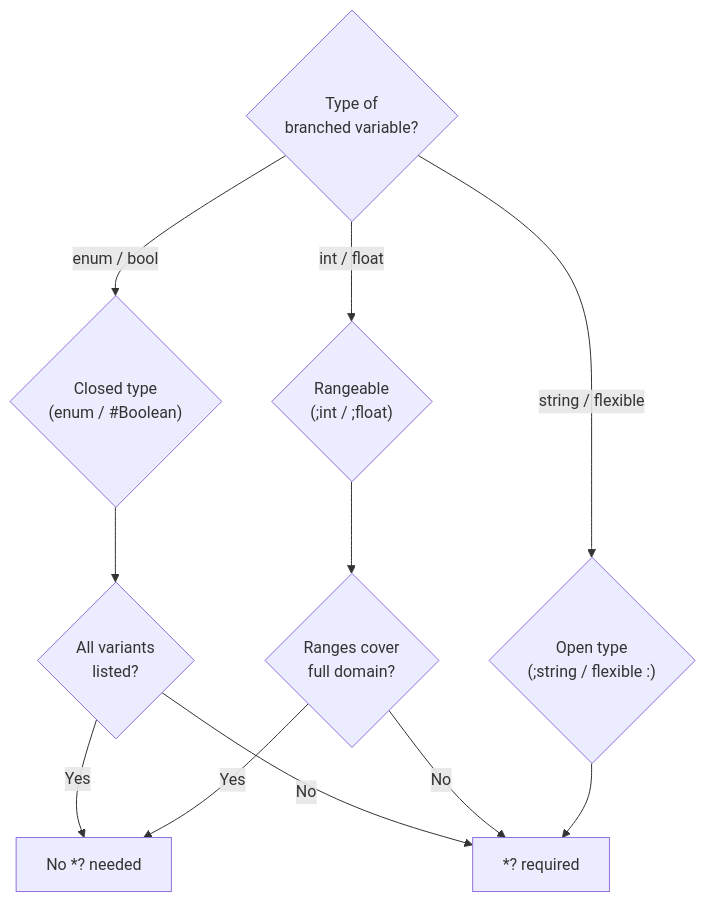
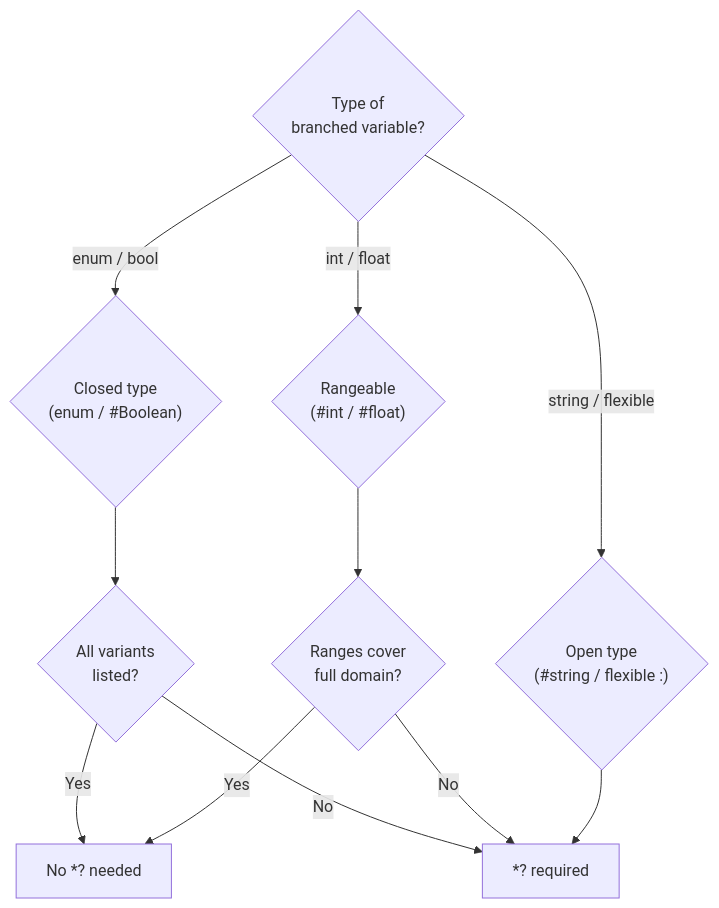
One commit to hasan-alj88/Polyglot changed the diagram in docs/user/concepts/conditionals.md. Above: the diagram before and after it, drawn with Mermaid. The commit also changed other lines of this file and 131 other files, not shown here.

````diff
--- a/docs/user/concepts/conditionals.md
+++ b/docs/user/concepts/conditionals.md
@@ -144,27 +144,27 @@
 ```mermaid
 flowchart TD
     START{"Type of\nbranched variable?"}
     CLOSED{"Closed type\n(enum / #Boolean)"}
-    RANGE{"Rangeable\n(;int / ;float)"}
-    OPEN{"Open type\n(;string / flexible :)"}
+    RANGE{"Rangeable\n(#int / #float)"}
+    OPEN{"Open type\n(#string / flexible :)"}
 
     ALL_LISTED{"All variants\nlisted?"}
     FULL_RANGE{"Ranges cover\nfull domain?"}
 
     NO_WILD["No *? needed"]
     WILD["*? required"]
 
     START -->|enum / bool| CLOSED
     START -->|int / float| RANGE
     START -->|string / flexible| OPEN
 
     CLOSED --> ALL_LISTED
     ALL_LISTED -->|Yes| NO_WILD
     ALL_LISTED -->|No| WILD
 
     RANGE --> FULL_RANGE
     FULL_RANGE -->|Yes| NO_WILD
     FULL_RANGE -->|No| WILD
 
     OPEN --> WILD
 ```
````
